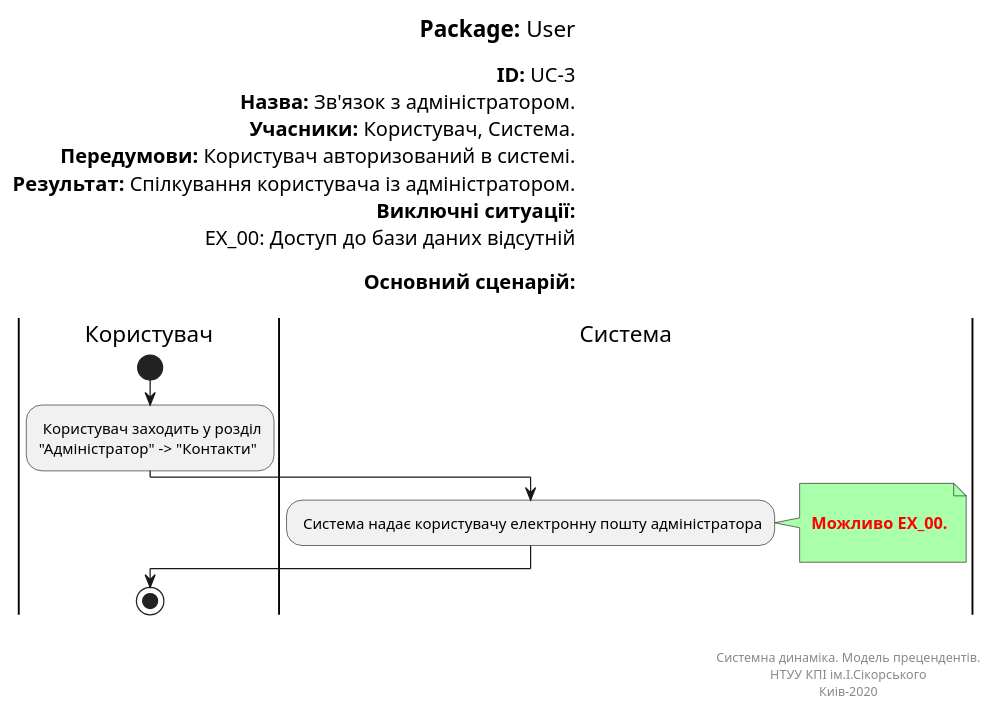
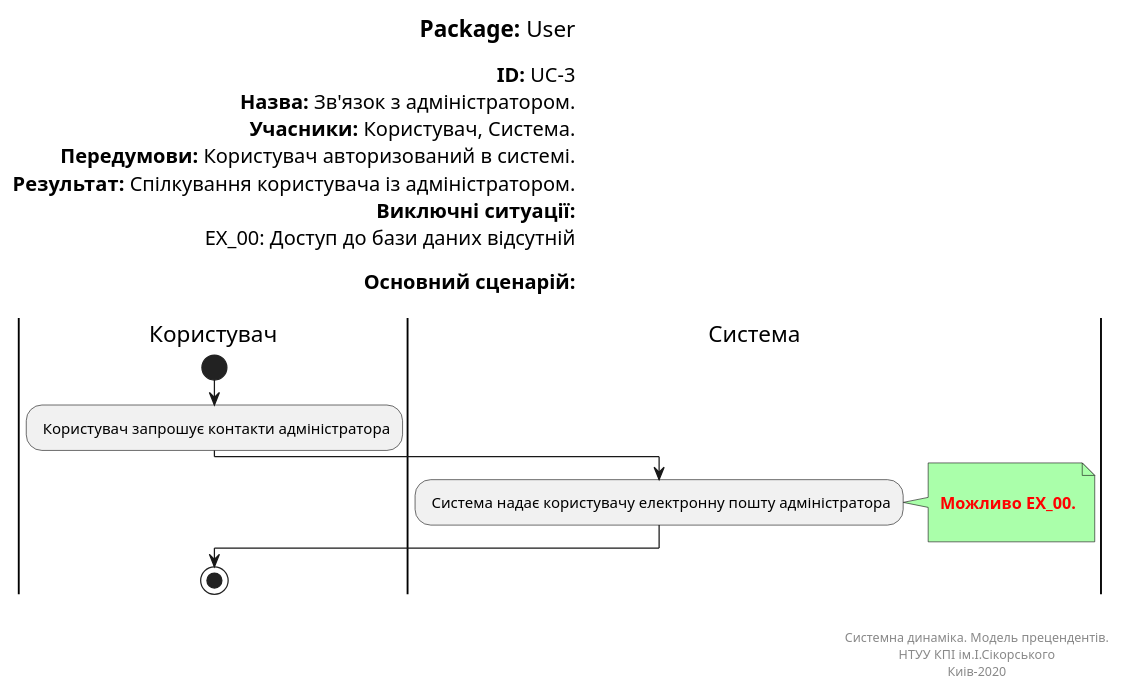
One commit to kirilinsane/Team2 changed the diagram in Doc/UMLdiagrams/scenarios/user/Diagrams/UML/UC3.pu. Above: the diagram before and after it, drawn with PlantUML.

```diff
--- a/Doc/UMLdiagrams/scenarios/user/Diagrams/UML/UC3.pu
+++ b/Doc/UMLdiagrams/scenarios/user/Diagrams/UML/UC3.pu
@@ -1,40 +1,39 @@
 @startuml
 left header
 <font color=000 size=18><b>Package:</b> User
 
 <font color=000 size=16><b>ID:</b> UC-3
 <font color=000 size=16><b>Назва:</b> Зв'язок з адміністратором.
 <font color=000 size=16><b>Учасники:</b> Користувач, Система.
 <font color=000 size=16><b>Передумови:</b> Користувач авторизований в системі.
 <font color=000 size=16><b>Результат:</b> Спілкування користувача із адміністратором.
 <font color=000 size=16><b>Виключні ситуації:</b>
 <font color=000 size=16> EX_00: Доступ до бази даних відсутній
 
 <font color=000 size=16><b>Основний сценарій:</b>
 
 end header
 
 |Користувач|
 start
-: Користувач заходить у розділ 
-"Адміністратор" -> "Контакти";
+: Користувач запрошує контакти адміністратора;
 
 |Система|
 : Система надає користувачу електронну пошту адміністратора;
 note right #aaffaa
 
 <font color=red><b> Можливо EX_00.
 
 end note
 
 |Користувач|
 stop;
 
 right footer
 
 
 Системна динаміка. Модель прецендентів.
 НТУУ КПІ ім.І.Сікорського
 Киів-2020
 end footer
 @enduml
```
